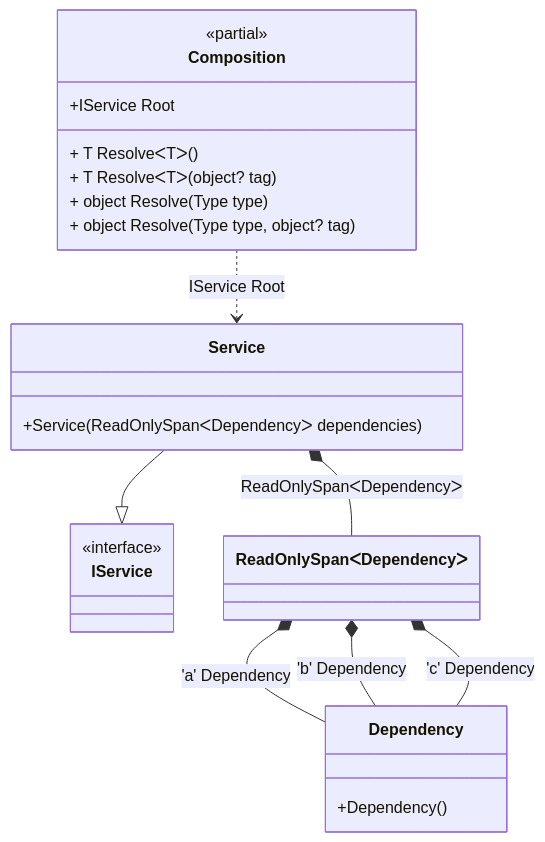
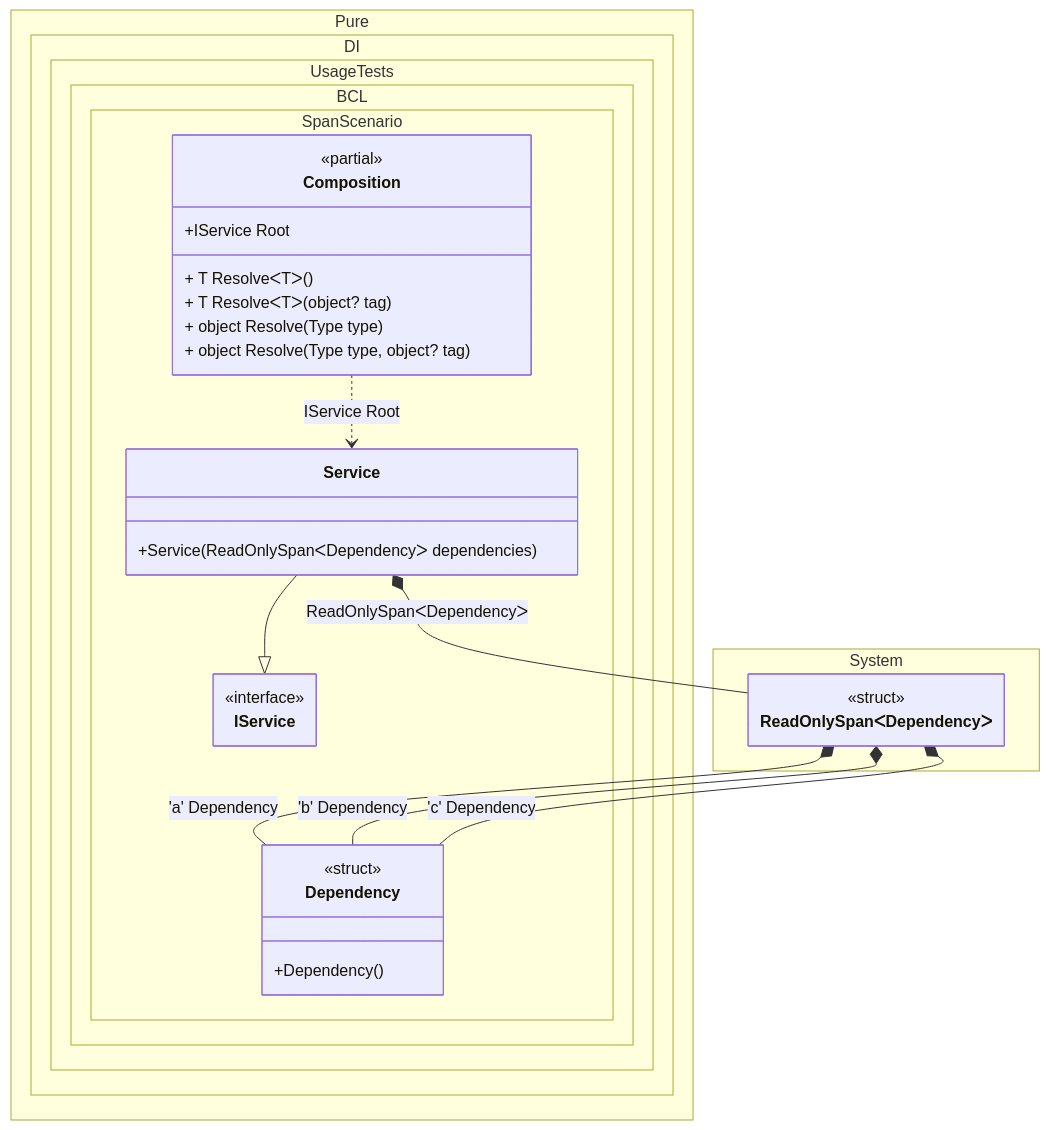
One commit to DevTeam/Pure.DI changed the diagram in readme/span-and-readonlyspan.md. Above: the diagram before and after it, drawn with Mermaid. The commit also changed 103 other files, not shown here.

Commit message:
Improved class diagrams

````diff
--- a/readme/span-and-readonlyspan.md
+++ b/readme/span-and-readonlyspan.md
@@ -193,27 +193,39 @@
 ```mermaid
+---
+ config:
+  class:
+   hideEmptyMembersBox: true
+---
 classDiagram
-	class Composition {
+	Service --|> IService
+	Composition ..> Service : IService Root
+	Service *--  ReadOnlySpanᐸDependencyᐳ : ReadOnlySpanᐸDependencyᐳ
+	ReadOnlySpanᐸDependencyᐳ *--  Dependency : 'a'  Dependency
+	ReadOnlySpanᐸDependencyᐳ *--  Dependency : 'b'  Dependency
+	ReadOnlySpanᐸDependencyᐳ *--  Dependency : 'c'  Dependency
+	namespace Pure.DI.UsageTests.BCL.SpanScenario {
+		class Composition {
 		<<partial>>
 		+IService Root
 		+ T ResolveᐸTᐳ()
 		+ T ResolveᐸTᐳ(object? tag)
 		+ object Resolve(Type type)
 		+ object Resolve(Type type, object? tag)
+		}
+		class Dependency {
+				<<struct>>
+			+Dependency()
+		}
+		class IService {
+			<<interface>>
+		}
+		class Service {
+			+Service(ReadOnlySpanᐸDependencyᐳ dependencies)
+		}
 	}
-	Service --|> IService
-	class Service {
-		+Service(ReadOnlySpanᐸDependencyᐳ dependencies)
+	namespace System {
+		class ReadOnlySpanᐸDependencyᐳ {
+				<<struct>>
+		}
 	}
-	class ReadOnlySpanᐸDependencyᐳ
-	class Dependency {
-		+Dependency()
-	}
-	class IService {
-		<<interface>>
-	}
-	Composition ..> Service : IService Root
-	Service *--  ReadOnlySpanᐸDependencyᐳ : ReadOnlySpanᐸDependencyᐳ
-	ReadOnlySpanᐸDependencyᐳ *--  Dependency : 'a'  Dependency
-	ReadOnlySpanᐸDependencyᐳ *--  Dependency : 'b'  Dependency
-	ReadOnlySpanᐸDependencyᐳ *--  Dependency : 'c'  Dependency
 ```
````
